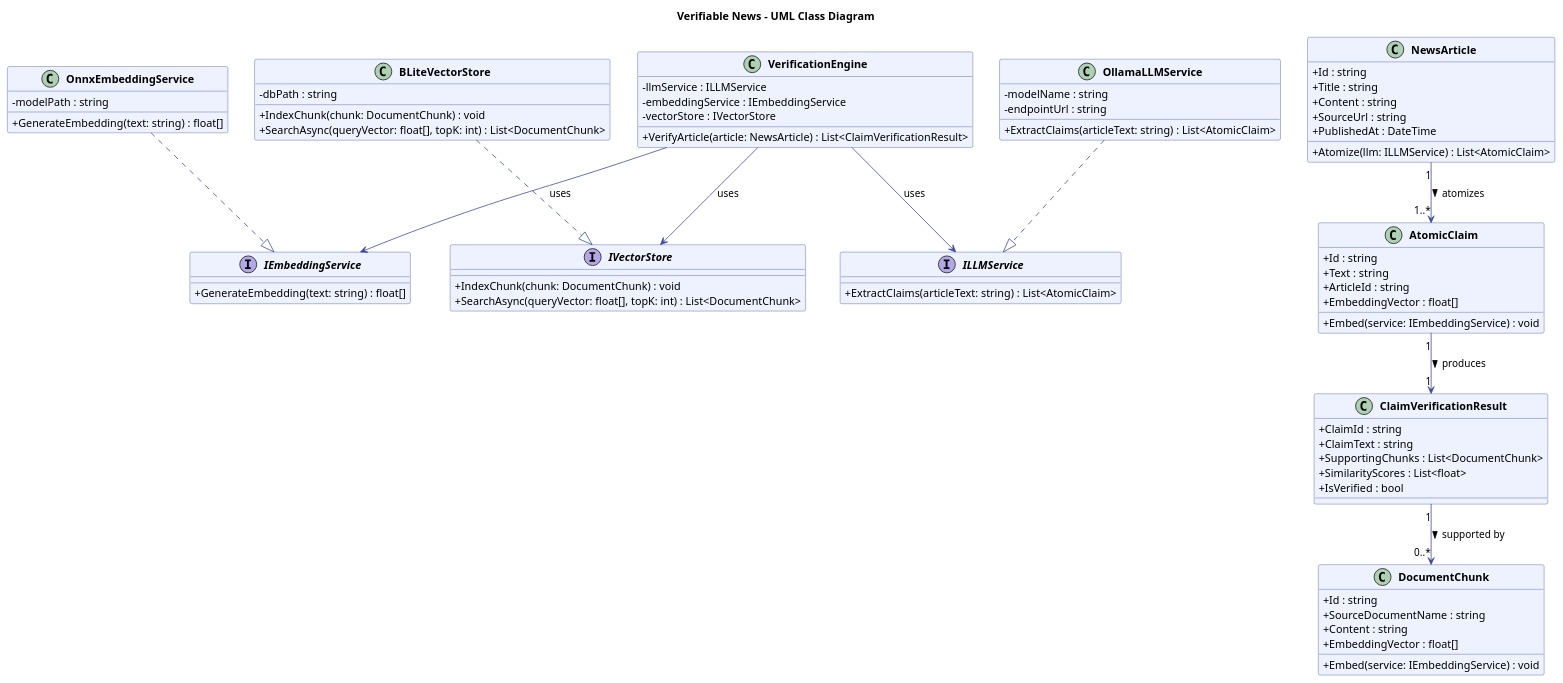
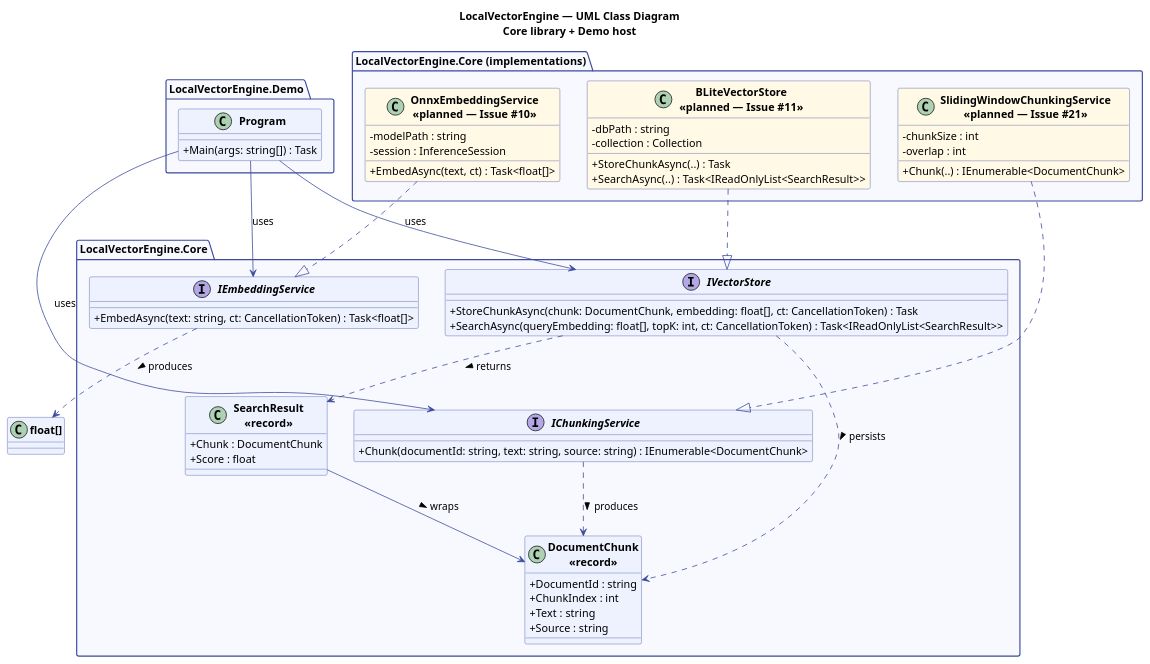
Before and after one commit to wialmpeortt/AtomizeNews_swe_exam: the diagram in docs/class_diagram.puml, drawn with PlantUML. The commit also changed 5 other files, not shown here.

Commit message:
docs: align README and UML diagrams to LocalVectorEngine scope

```diff
--- a/docs/class_diagram.puml
+++ b/docs/class_diagram.puml
@@ -1,100 +1,95 @@
-@startuml ClassDiagram_VerifiableNews
+@startuml ClassDiagram_LocalVectorEngine
 
 skinparam classAttributeIconSize 0
 skinparam classFontStyle Bold
 skinparam backgroundColor white
 skinparam class {
     BackgroundColor #EEF2FF
     BorderColor #3B4A9C
     ArrowColor #3B4A9C
 }
-
-title Verifiable News - UML Class Diagram
-
-' ─── Interfaces ───────────────────────────────────────────
-interface IEmbeddingService {
-    + GenerateEmbedding(text: string) : float[]
+skinparam package {
+    BackgroundColor #F8F9FF
+    BorderColor #3B4A9C
 }
 
-interface IVectorStore {
-    + IndexChunk(chunk: DocumentChunk) : void
-    + SearchAsync(queryVector: float[], topK: int) : List<DocumentChunk>
+title LocalVectorEngine — UML Class Diagram\nCore library + Demo host
+
+' ─── Core library ────────────────────────────────────────
+package "LocalVectorEngine.Core" as Core {
+
+    ' ─── Models ──────────────────────────────────────────
+    class "DocumentChunk\n<<record>>" as DocumentChunk {
+        + DocumentId : string
+        + ChunkIndex : int
+        + Text : string
+        + Source : string
+    }
+
+    class "SearchResult\n<<record>>" as SearchResult {
+        + Chunk : DocumentChunk
+        + Score : float
+    }
+
+    ' ─── Interfaces ──────────────────────────────────────
+    interface IChunkingService {
+        + Chunk(documentId: string, text: string, source: string) : IEnumerable<DocumentChunk>
+    }
+
+    interface IEmbeddingService {
+        + EmbedAsync(text: string, ct: CancellationToken) : Task<float[]>
+    }
+
+    interface IVectorStore {
+        + StoreChunkAsync(chunk: DocumentChunk, embedding: float[], ct: CancellationToken) : Task
+        + SearchAsync(queryEmbedding: float[], topK: int, ct: CancellationToken) : Task<IReadOnlyList<SearchResult>>
+    }
 }
 
-' ─── Core Entities ────────────────────────────────────────
-class NewsArticle {
-    + Id : string
-    + Title : string
-    + Content : string
-    + SourceUrl : string
-    + PublishedAt : DateTime
-    + Atomize(llm: ILLMService) : List<AtomicClaim>
+' ─── Planned implementations ─────────────────────────────
+package "LocalVectorEngine.Core (implementations)" as Impl {
+
+    class "SlidingWindowChunkingService\n<<planned — Issue #21>>" as ChunkImpl #FFF9E6 {
+        - chunkSize : int
+        - overlap : int
+        + Chunk(..) : IEnumerable<DocumentChunk>
+    }
+
+    class "OnnxEmbeddingService\n<<planned — Issue #10>>" as OnnxImpl #FFF9E6 {
+        - modelPath : string
+        - session : InferenceSession
+        + EmbedAsync(text, ct) : Task<float[]>
+    }
+
+    class "BLiteVectorStore\n<<planned — Issue #11>>" as BLiteImpl #FFF9E6 {
+        - dbPath : string
+        - collection : Collection
+        + StoreChunkAsync(..) : Task
+        + SearchAsync(..) : Task<IReadOnlyList<SearchResult>>
+    }
 }
 
-class AtomicClaim {
-    + Id : string
-    + Text : string
-    + ArticleId : string
-    + EmbeddingVector : float[]
-    + Embed(service: IEmbeddingService) : void
+' ─── Demo host ──────────────────────────────────────────
+package "LocalVectorEngine.Demo" as Demo {
+    class Program {
+        + Main(args: string[]) : Task
+    }
 }
 
-class DocumentChunk {
-    + Id : string
-    + SourceDocumentName : string
-    + Content : string
-    + EmbeddingVector : float[]
-    + Embed(service: IEmbeddingService) : void
-}
+' ─── Relationships ──────────────────────────────────────
+SearchResult --> DocumentChunk : wraps >
 
-class ClaimVerificationResult {
-    + ClaimId : string
-    + ClaimText : string
-    + SupportingChunks : List<DocumentChunk>
-    + SimilarityScores : List<float>
-    + IsVerified : bool
-}
+ChunkImpl ..|> IChunkingService
+OnnxImpl  ..|> IEmbeddingService
+BLiteImpl ..|> IVectorStore
 
-' ─── Services ─────────────────────────────────────────────
-interface ILLMService {
-    + ExtractClaims(articleText: string) : List<AtomicClaim>
-}
+IChunkingService  ..> DocumentChunk : produces >
+IEmbeddingService ..> "float[]"      : produces >
+IVectorStore      ..> DocumentChunk  : persists >
+IVectorStore      ..> SearchResult   : returns >
 
-class OllamaLLMService {
-    - modelName : string
-    - endpointUrl : string
-    + ExtractClaims(articleText: string) : List<AtomicClaim>
-}
-
-class OnnxEmbeddingService {
-    - modelPath : string
-    + GenerateEmbedding(text: string) : float[]
-}
-
-class BLiteVectorStore {
-    - dbPath : string
-    + IndexChunk(chunk: DocumentChunk) : void
-    + SearchAsync(queryVector: float[], topK: int) : List<DocumentChunk>
-}
-
-class VerificationEngine {
-    - llmService : ILLMService
-    - embeddingService : IEmbeddingService
-    - vectorStore : IVectorStore
-    + VerifyArticle(article: NewsArticle) : List<ClaimVerificationResult>
-}
-
-' ─── Relationships ────────────────────────────────────────
-NewsArticle "1" --> "1..*" AtomicClaim : atomizes >
-AtomicClaim "1" --> "1" ClaimVerificationResult : produces >
-ClaimVerificationResult "1" --> "0..*" DocumentChunk : supported by >
-
-OllamaLLMService ..|> ILLMService
-OnnxEmbeddingService ..|> IEmbeddingService
-BLiteVectorStore ..|> IVectorStore
-
-VerificationEngine --> ILLMService : uses
-VerificationEngine --> IEmbeddingService : uses
-VerificationEngine --> IVectorStore : uses
+Program --> IChunkingService  : uses
+Program --> IEmbeddingService : uses
+Program --> IVectorStore      : uses
 
 @enduml
```
